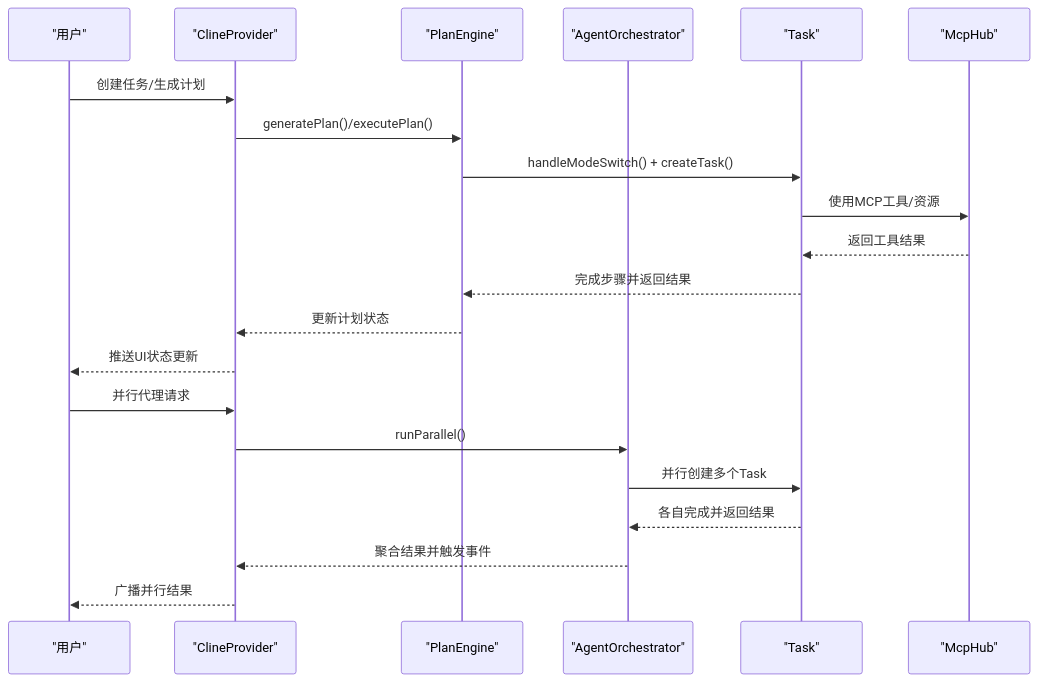
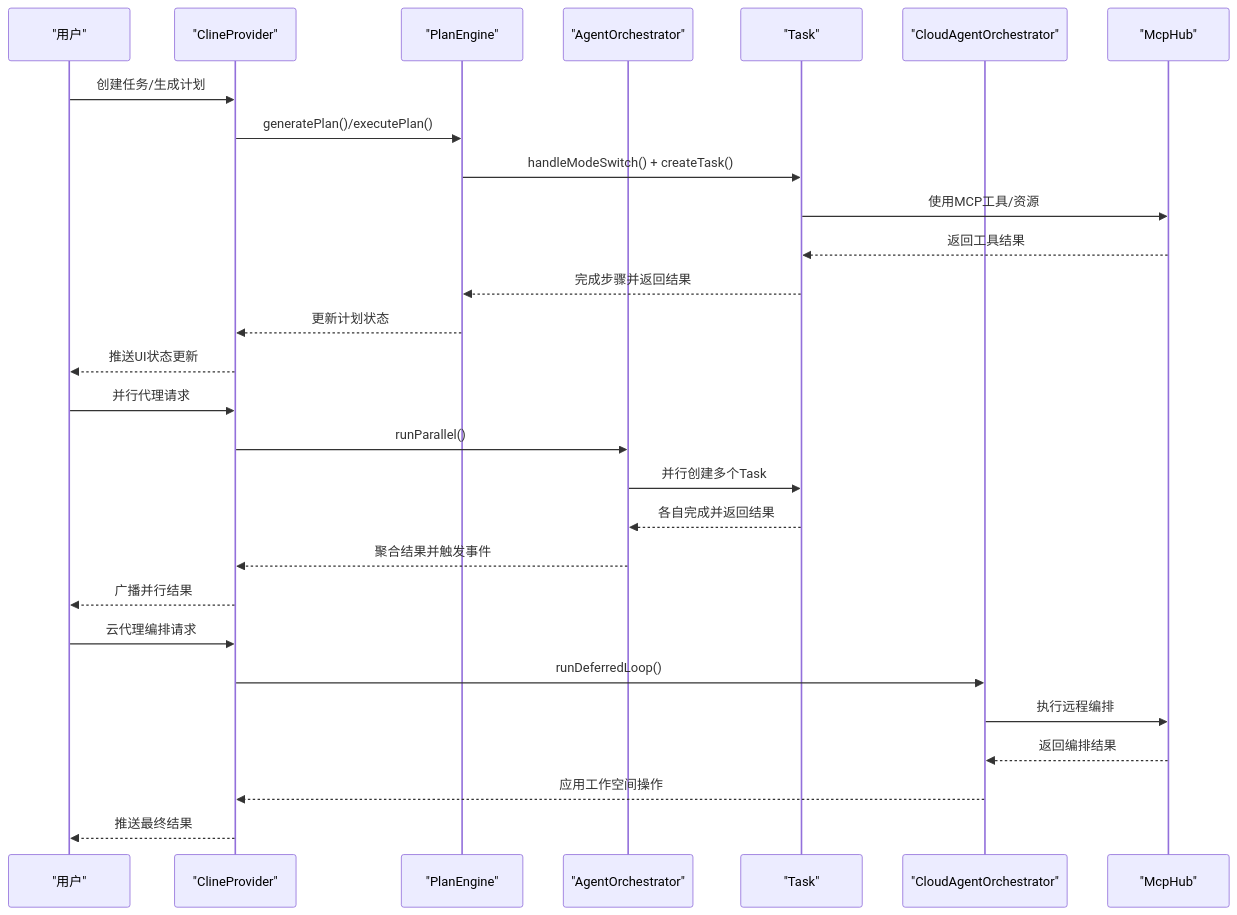
The second of 12 diagrams in .qoder/repowiki/zh/content/架构设计/任务处理架构/代理编排系统.md (JunjieChen0/NJUST), drawn with Mermaid before and after one commit. The commit also changed other lines of this file and 37 other files, not shown here.

````diff
--- a/.qoder/repowiki/zh/content/架构设计/任务处理架构/代理编排系统.md
+++ b/.qoder/repowiki/zh/content/架构设计/任务处理架构/代理编排系统.md
@@ -114,23 +143,30 @@
 ```mermaid
 sequenceDiagram
 participant 用户 as "用户"
 participant 提供者 as "ClineProvider"
 participant 计划引擎 as "PlanEngine"
 participant 代理编排 as "AgentOrchestrator"
 participant 任务 as "Task"
+participant 云代理编排 as "CloudAgentOrchestrator"
 participant MCP as "McpHub"
 用户->>提供者 : 创建任务/生成计划
 提供者->>计划引擎 : generatePlan()/executePlan()
 计划引擎->>任务 : handleModeSwitch() + createTask()
 任务->>MCP : 使用MCP工具/资源
 MCP-->>任务 : 返回工具结果
 任务-->>计划引擎 : 完成步骤并返回结果
 计划引擎-->>提供者 : 更新计划状态
 提供者-->>用户 : 推送UI状态更新
 用户->>提供者 : 并行代理请求
 提供者->>代理编排 : runParallel()
 代理编排->>任务 : 并行创建多个Task
 任务-->>代理编排 : 各自完成并返回结果
 代理编排-->>提供者 : 聚合结果并触发事件
 提供者-->>用户 : 广播并行结果
+用户->>提供者 : 云代理编排请求
+提供者->>云代理编排 : runDeferredLoop()
+云代理编排->>MCP : 执行远程编排
+MCP-->>云代理编排 : 返回编排结果
+云代理编排-->>提供者 : 应用工作空间操作
+提供者-->>用户 : 推送最终结果
 ```
````
